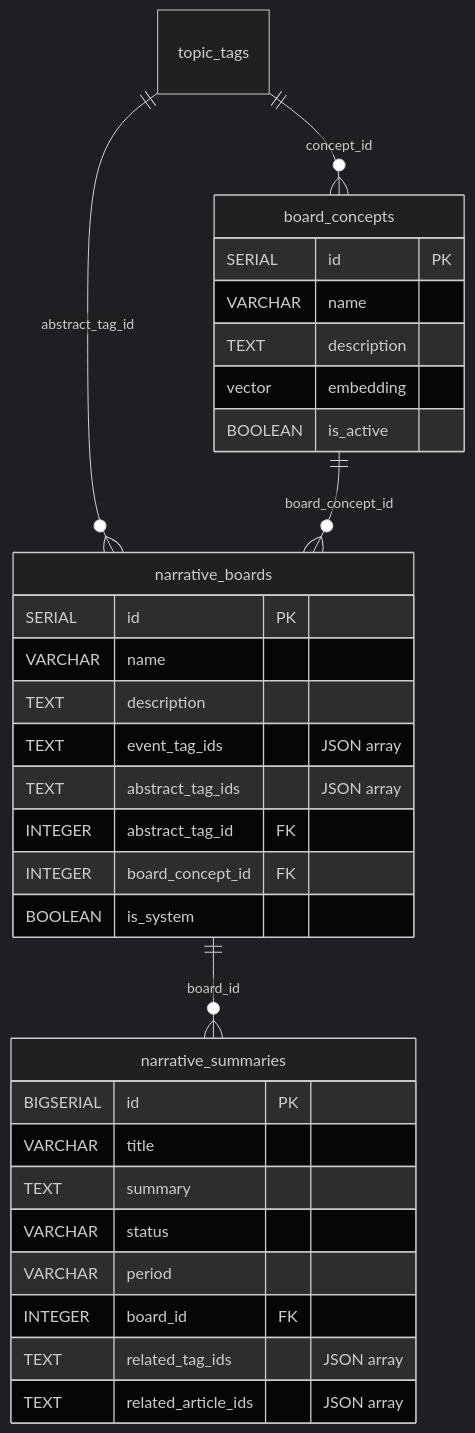
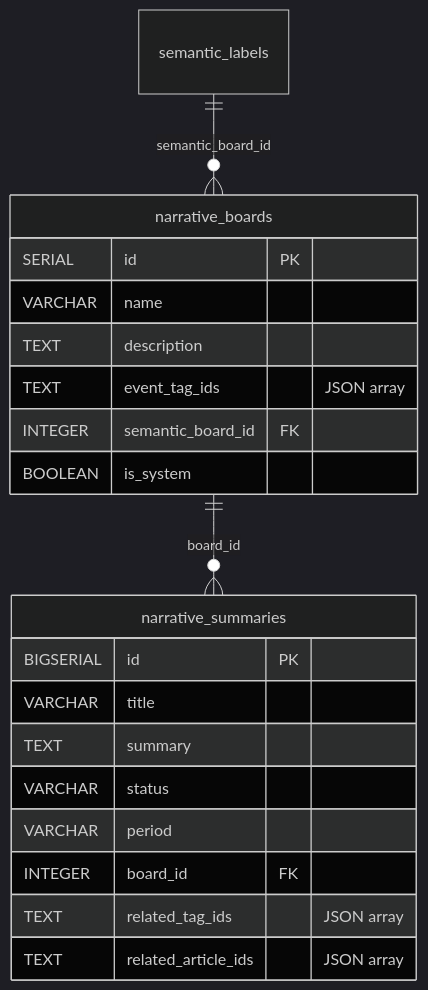
One commit to ZanebonoAlter/Syntopica changed the fifth of 6 diagrams in docs/reference/database/ER_DIAGRAM.md. Above: the diagram before and after it, drawn with Mermaid (dark theme). The commit also changed other lines of this file and 84 other files, not shown here.

````diff
--- a/docs/reference/database/ER_DIAGRAM.md
+++ b/docs/reference/database/ER_DIAGRAM.md
@@ -277,35 +312,24 @@
 ```mermaid
 erDiagram
-    topic_tags ||--o{ narrative_boards : "abstract_tag_id"
-    board_concepts ||--o{ narrative_boards : "board_concept_id"
-    topic_tags ||--o{ board_concepts : "concept_id"
+    semantic_labels ||--o{ narrative_boards : "semantic_board_id"
     narrative_boards ||--o{ narrative_summaries : "board_id"
 
     narrative_boards {
         SERIAL id PK
         VARCHAR name
         TEXT description
         TEXT event_tag_ids "JSON array"
-        TEXT abstract_tag_ids "JSON array"
-        INTEGER abstract_tag_id FK
-        INTEGER board_concept_id FK
+        INTEGER semantic_board_id FK
         BOOLEAN is_system
     }
     narrative_summaries {
         BIGSERIAL id PK
         VARCHAR title
         TEXT summary
         VARCHAR status
         VARCHAR period
         INTEGER board_id FK
         TEXT related_tag_ids "JSON array"
         TEXT related_article_ids "JSON array"
     }
-    board_concepts {
-        SERIAL id PK
-        VARCHAR name
-        TEXT description
-        vector embedding
-        BOOLEAN is_active
-    }
 ```
````
